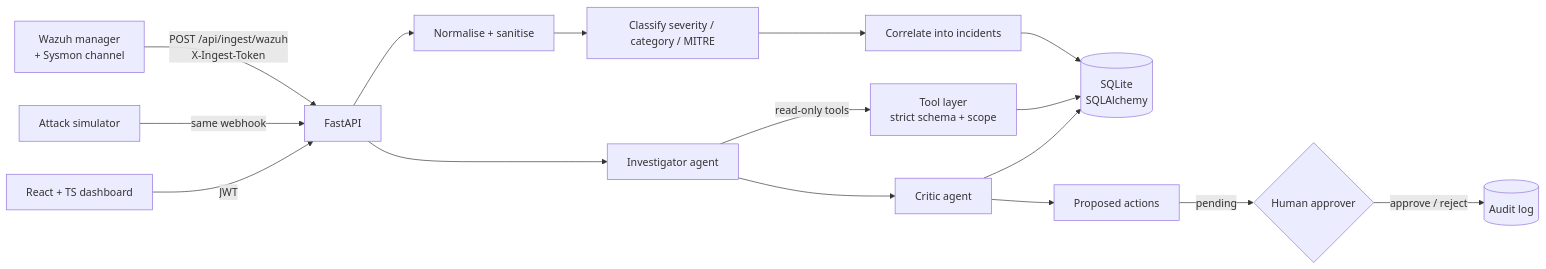
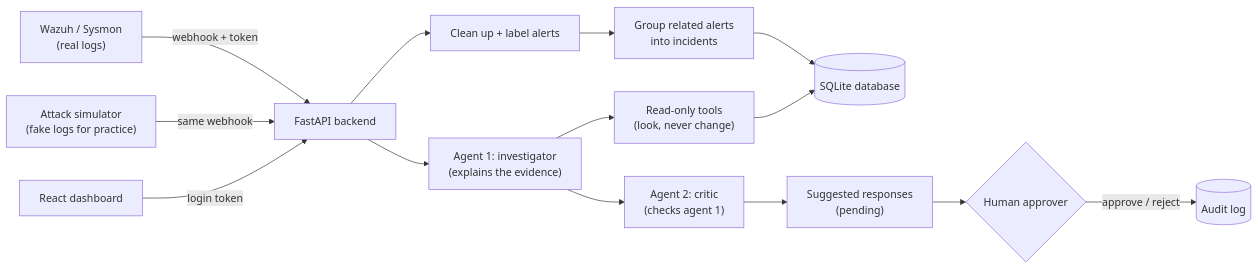
The diagram in README.md (BIazor/SIEM-Dashboard), drawn with Mermaid before and after one commit. The commit also changed other lines of this file, not shown here.

````diff
--- a/README.md
+++ b/README.md
@@ -38,18 +108,16 @@
 ```mermaid
 flowchart LR
-    W[Wazuh manager<br/>+ Sysmon channel] -->|POST /api/ingest/wazuh<br/>X-Ingest-Token| API[FastAPI]
-    S[Attack simulator] -->|same webhook| API
-    API --> N[Normalise + sanitise]
-    N --> C[Classify severity / category / MITRE]
-    C --> K[Correlate into incidents]
-    K --> DB[(SQLite<br/>SQLAlchemy)]
-    API --> A1[Investigator agent]
-    A1 -->|read-only tools| T[Tool layer<br/>strict schema + scope]
+    W["Wazuh / Sysmon<br/>(real logs)"] -->|webhook + token| API["FastAPI backend"]
+    S["Attack simulator<br/>(fake logs for practice)"] -->|same webhook| API
+    API --> N["Clean up + label alerts"]
+    N --> C["Group related alerts<br/>into incidents"]
+    C --> DB[("SQLite database")]
+    API --> A1["Agent 1: investigator<br/>(explains the evidence)"]
+    A1 --> T["Read-only tools<br/>(look, never change)"]
     T --> DB
-    A1 --> A2[Critic agent]
-    A2 --> DB
-    A2 --> Q[Proposed actions]
-    Q -->|pending| H{Human approver}
-    H -->|approve / reject| AUD[(Audit log)]
-    R[React + TS dashboard] -->|JWT| API
+    A1 --> A2["Agent 2: critic<br/>(checks agent 1)"]
+    A2 --> Q["Suggested responses<br/>(pending)"]
+    Q --> H{"Human approver"}
+    H -->|approve / reject| AUD[("Audit log")]
+    R["React dashboard"] -->|login token| API
 ```
````
